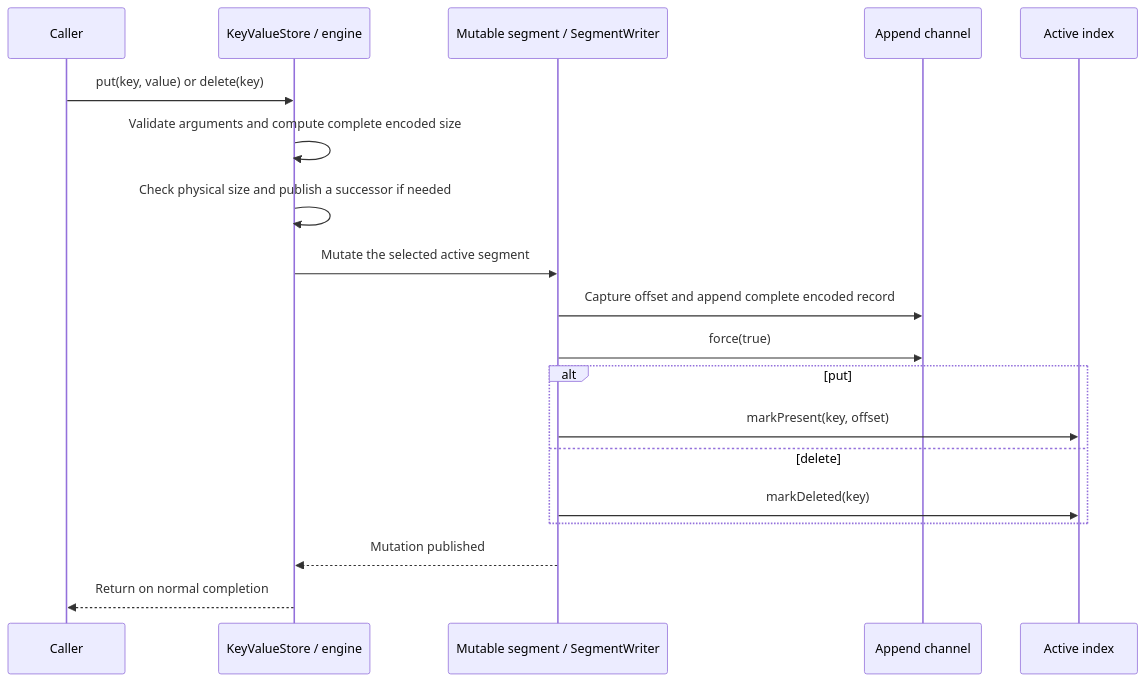
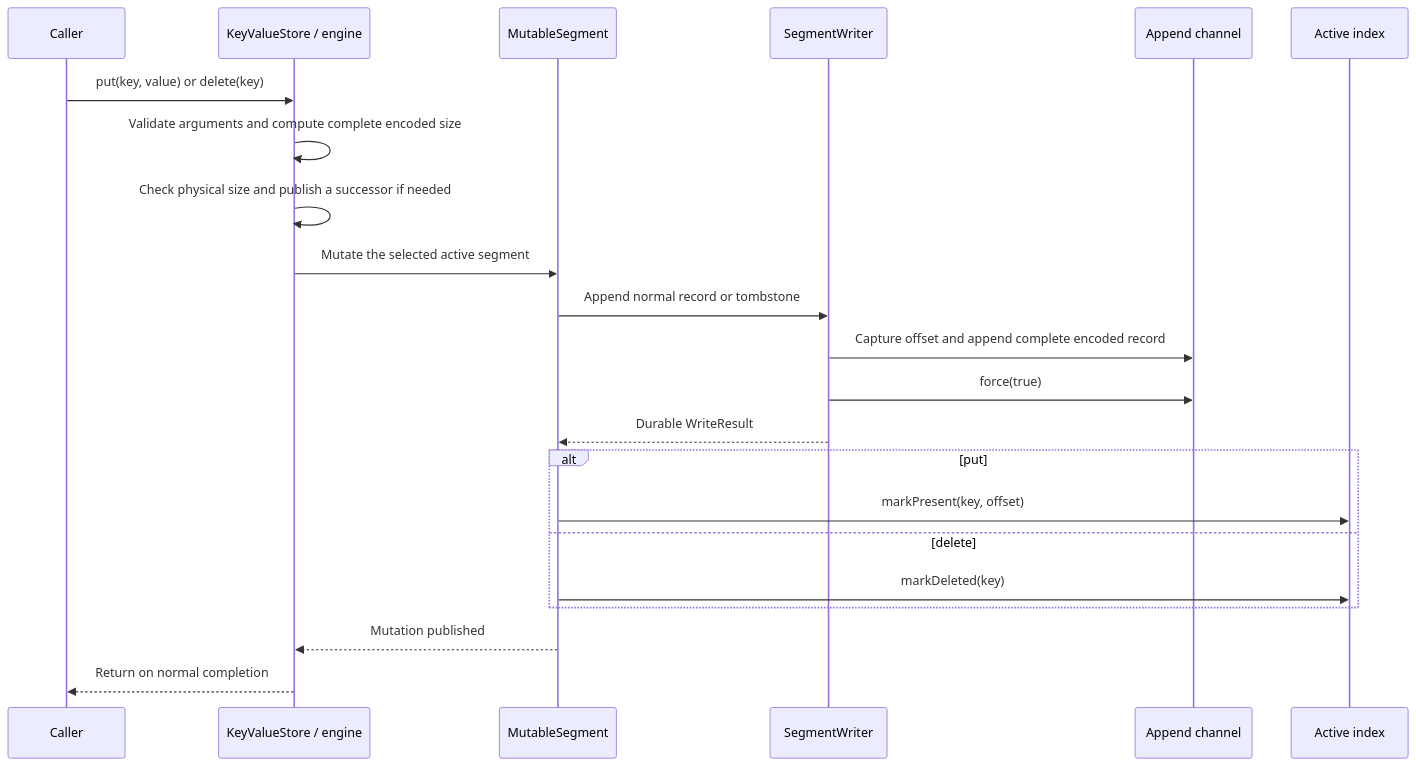
Before and after one commit to ryszardzmija/shaledb: the second of 3 diagrams in docs/architecture.md, drawn with Mermaid. The commit also changed other lines of this file and 25 other files, not shown here.

````diff
--- a/docs/architecture.md
+++ b/docs/architecture.md
@@ -52,21 +57,24 @@
 ```mermaid
 sequenceDiagram
     participant C as Caller
     participant E as KeyValueStore / engine
-    participant W as Mutable segment / SegmentWriter
+    participant S as MutableSegment
+    participant W as SegmentWriter
     participant F as Append channel
     participant I as Active index
     C->>E: put(key, value) or delete(key)
     E->>E: Validate arguments and compute complete encoded size
     E->>E: Check physical size and publish a successor if needed
-    E->>W: Mutate the selected active segment
+    E->>S: Mutate the selected active segment
+    S->>W: Append normal record or tombstone
     W->>F: Capture offset and append complete encoded record
     W->>F: force(true)
+    W-->>S: Durable WriteResult
     alt put
-        W->>I: markPresent(key, offset)
+        S->>I: markPresent(key, offset)
     else delete
-        W->>I: markDeleted(key)
+        S->>I: markDeleted(key)
     end
-    W-->>E: Mutation published
+    S-->>E: Mutation published
     E-->>C: Return on normal completion
 ```
````
